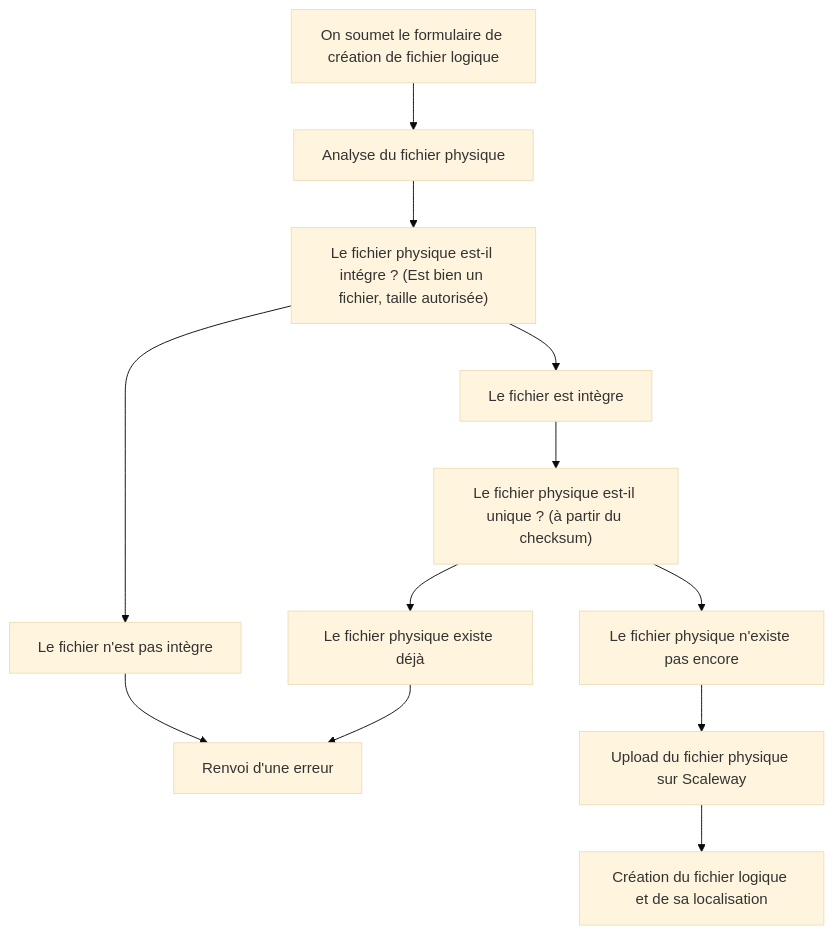
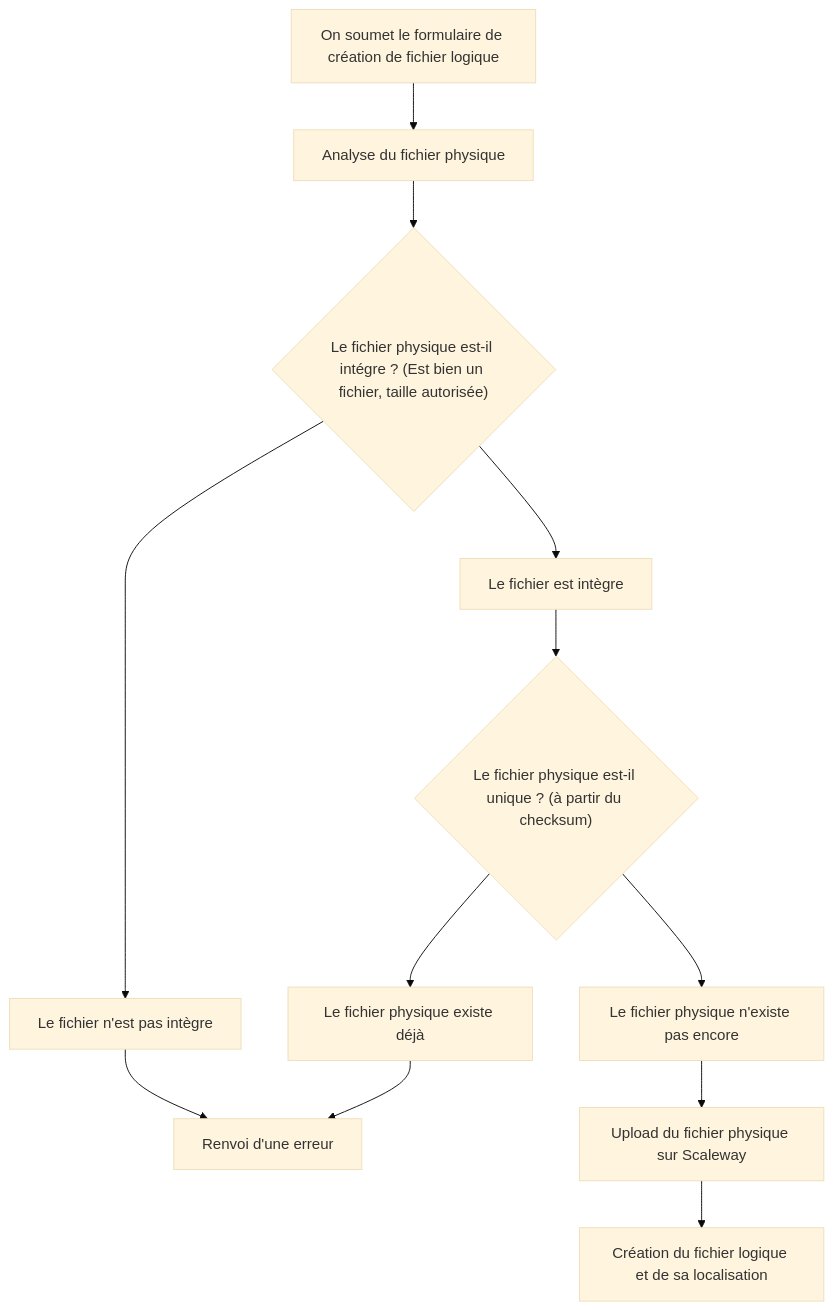
The fifth of 6 diagrams in content/docs/admin/composants/file-library.md (osunyorg/developers), drawn with Mermaid (base theme) before and after one commit.

````diff
--- a/content/docs/admin/composants/file-library.md
+++ b/content/docs/admin/composants/file-library.md
@@ -160,20 +160,20 @@
 ```mermaid
 graph TD;
   SoumissonFormulaire-->AnalyseFichierPhysique-->CheckIntegrite
   CheckIntegrite-->IntegreNon-->Erreur
   CheckIntegrite-->IntegreOui-->CheckUnicite
   CheckUnicite-->UniqueNon-->Erreur
   CheckUnicite-->UniqueOui-->UploadFichierPhysique-->CreationFichierLogique
 
   SoumissonFormulaire["On soumet le formulaire de création de fichier logique"]
   AnalyseFichierPhysique["Analyse du fichier physique"]
-  CheckIntegrite["Le fichier physique est-il intégre ? (Est bien un fichier, taille autorisée)"]
+  CheckIntegrite{"Le fichier physique est-il intégre ? (Est bien un fichier, taille autorisée)"}
   IntegreNon["Le fichier n'est pas intègre"]
   Erreur["Renvoi d'une erreur"]
   IntegreOui["Le fichier est intègre"]
-  CheckUnicite["Le fichier physique est-il unique ? (à partir du checksum)"]
+  CheckUnicite{"Le fichier physique est-il unique ? (à partir du checksum)"}
   UniqueNon["Le fichier physique existe déjà"]
   UniqueOui["Le fichier physique n'existe pas encore"]
   UploadFichierPhysique["Upload du fichier physique sur Scaleway"]
   CreationFichierLogique["Création du fichier logique et de sa localisation"]
 ```
````
